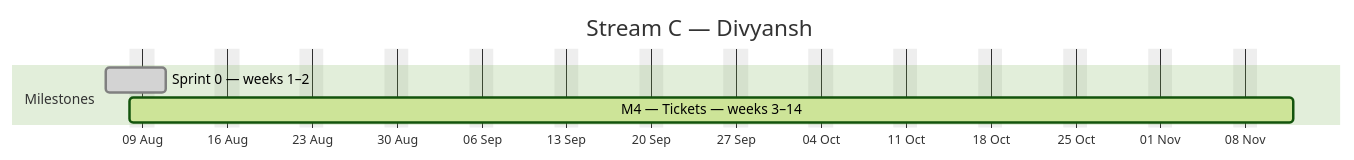
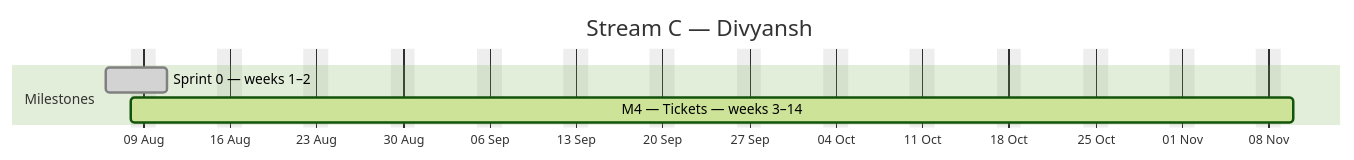
Before and after one commit to debashisedunext/EduTrack: the third of 4 diagrams in docs/plan/GANTT.md, drawn with Mermaid (forest theme). The commit also changed other lines of this file and 3 other files, not shown here.

````diff
--- a/docs/plan/GANTT.md
+++ b/docs/plan/GANTT.md
@@ -147,10 +146,10 @@
 ```mermaid
 gantt
     dateFormat YYYY-MM-DD
     axisFormat %d %b
     title Stream C — Divyansh
     excludes weekends
     section Milestones
     Sprint 0 — weeks 1–2 :done, c0, 2026-08-06, 3d
-    M4 — Tickets — weeks 3–14 :active, c1, 2026-08-08, 69d
+    M4 — Tickets — weeks 3–14 :active, c1, 2026-08-08, 67d
 ```
````
